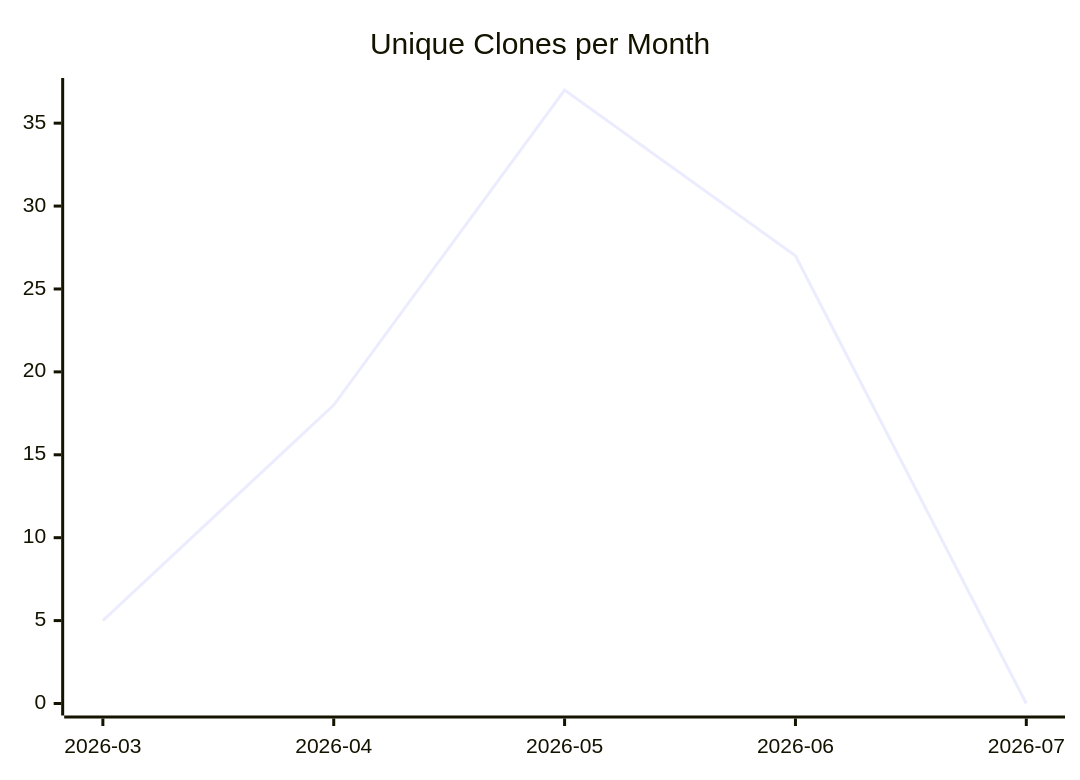
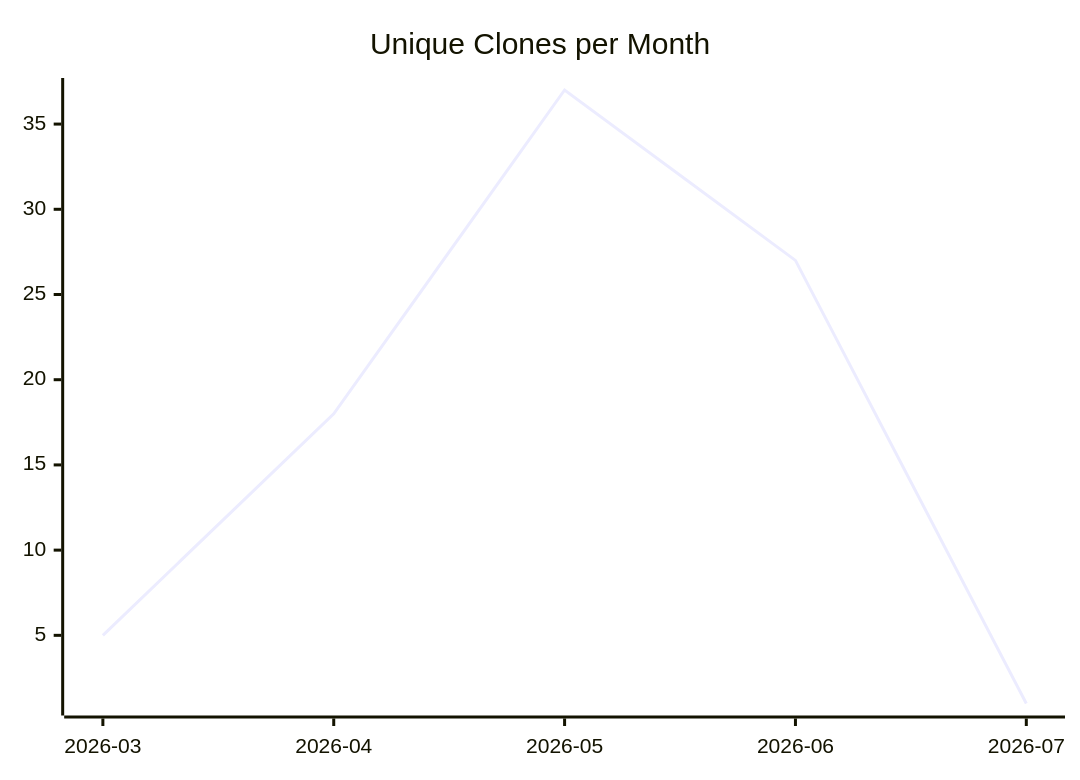
One commit to justdavis-family/github-analytics-data changed the third of 3 diagrams in karlmdavis/obsidian-operator/README.md. Above: the diagram before and after it, drawn with Mermaid. The commit also changed other lines of this file and 185 other files, not shown here.

````diff
--- a/karlmdavis/obsidian-operator/README.md
+++ b/karlmdavis/obsidian-operator/README.md
@@ -19,6 +19,6 @@
 ```mermaid
 xychart-beta
   title "Unique Clones per Month"
   x-axis ["2026-03", "2026-04", "2026-05", "2026-06", "2026-07"]
-  line [5, 18, 37, 27, 0]
+  line [5, 18, 37, 27, 1]
 ```
````
